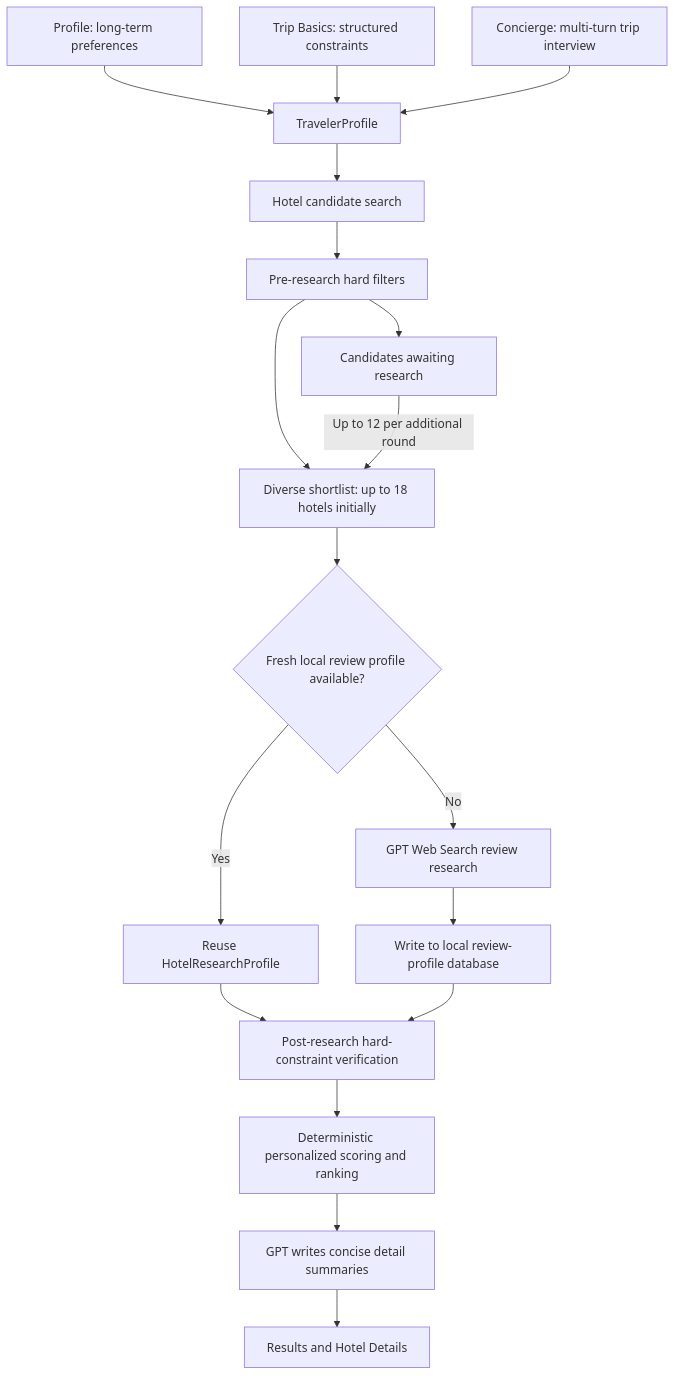
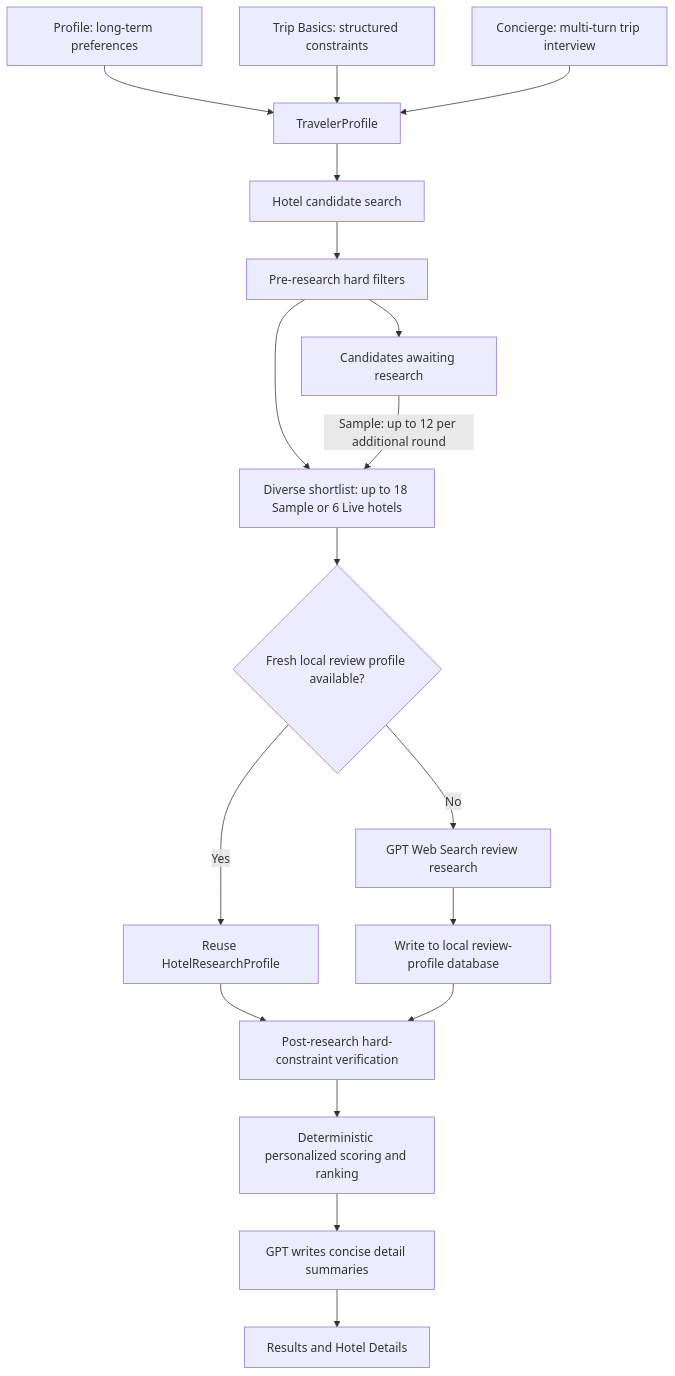
Before and after one commit to ppcharlotte/Staylight: the diagram in docs/PROJECT_LOGIC.md, drawn with Mermaid. The commit also changed other lines of this file and 11 other files, not shown here.

````diff
--- a/docs/PROJECT_LOGIC.md
+++ b/docs/PROJECT_LOGIC.md
@@ -17,20 +17,20 @@
 ```mermaid
 flowchart TD
     A["Profile: long-term preferences"] --> D["TravelerProfile"]
     B["Trip Basics: structured constraints"] --> D
     C["Concierge: multi-turn trip interview"] --> D
     D --> E["Hotel candidate search"]
     E --> F["Pre-research hard filters"]
-    F --> G["Diverse shortlist: up to 18 hotels initially"]
+    F --> G["Diverse shortlist: up to 18 Sample or 6 Live hotels"]
     G --> H{"Fresh local review profile available?"}
     H -->|Yes| I["Reuse HotelResearchProfile"]
     H -->|No| J["GPT Web Search review research"]
     J --> K["Write to local review-profile database"]
     I --> L["Post-research hard-constraint verification"]
     K --> L
     L --> M["Deterministic personalized scoring and ranking"]
     M --> N["GPT writes concise detail summaries"]
     N --> O["Results and Hotel Details"]
     F --> P["Candidates awaiting research"]
-    P -->|Up to 12 per additional round| G
+    P -->|Sample: up to 12 per additional round| G
 ```
````
